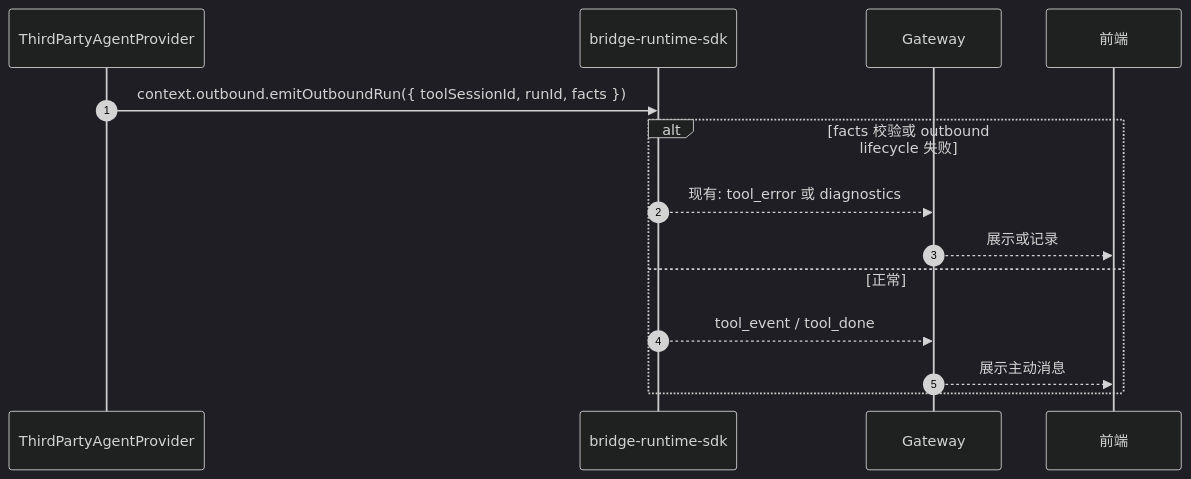
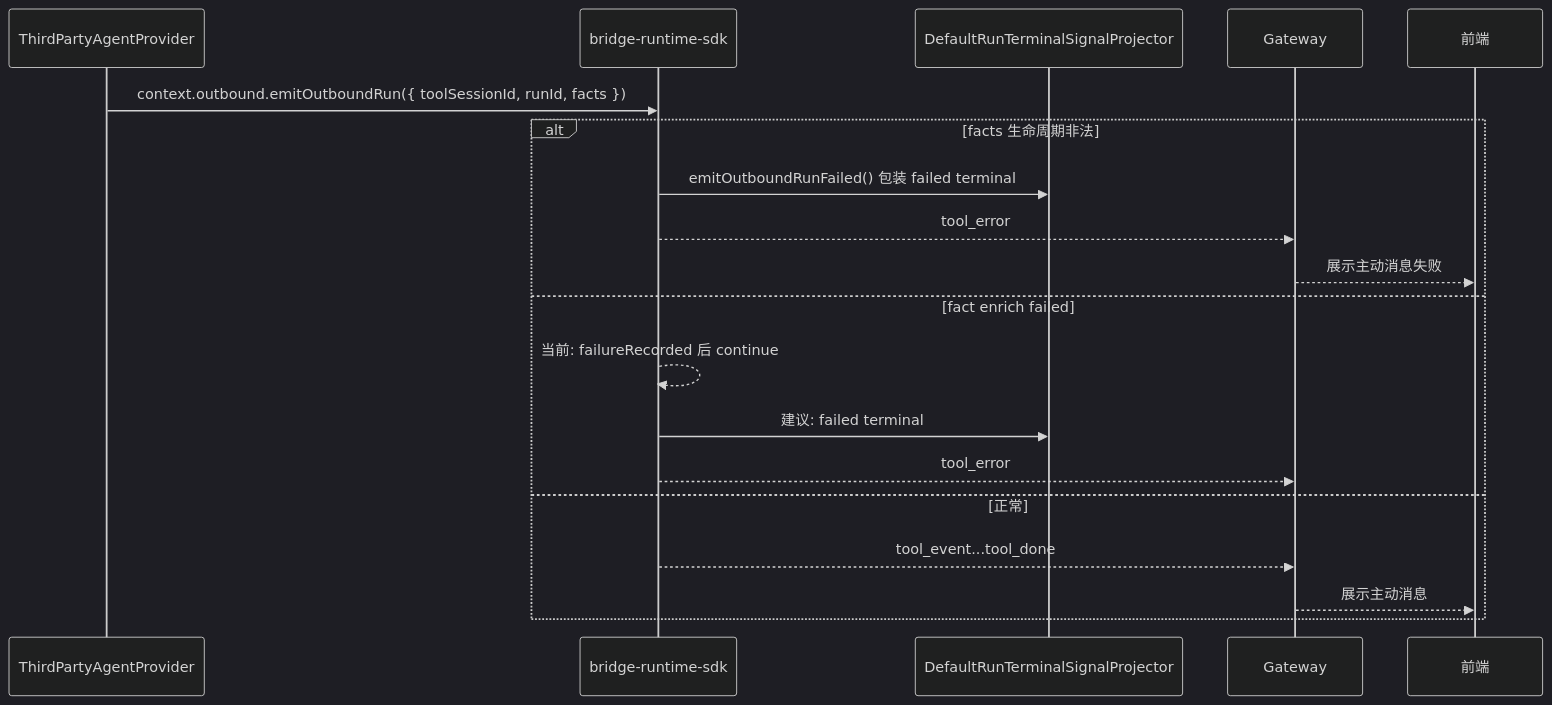
One commit to yuzhangCZ/agent-plugin changed the fourth of 4 diagrams in docs/design/bridge-runtime-sdk-tool-error-exception-solution.md. Above: the diagram before and after it, drawn with Mermaid (dark theme). The commit also changed other lines of this file, not shown here.

Commit message:
docs: review sdk tool_error reporting gaps

````diff
--- a/docs/design/bridge-runtime-sdk-tool-error-exception-solution.md
+++ b/docs/design/bridge-runtime-sdk-tool-error-exception-solution.md
@@ -195,17 +151,22 @@
 ```mermaid
 sequenceDiagram
-    autonumber
     participant P as ThirdPartyAgentProvider
     participant SDK as bridge-runtime-sdk
+    participant TF as DefaultRunTerminalSignalProjector
     participant GW as Gateway
     participant FE as 前端
 
     P->>SDK: context.outbound.emitOutboundRun({ toolSessionId, runId, facts })
-    alt facts 校验或 outbound lifecycle 失败
-        SDK-->>GW: 现有: tool_error 或 diagnostics
-        GW-->>FE: 展示或记录
+    alt facts 生命周期非法
+        SDK->>TF: emitOutboundRunFailed() 包装 failed terminal
+        SDK-->>GW: tool_error
+        GW-->>FE: 展示主动消息失败
+    else fact enrich failed
+        SDK-->>SDK: 当前: failureRecorded 后 continue
+        SDK->>TF: 建议: failed terminal
+        SDK-->>GW: tool_error
     else 正常
-        SDK-->>GW: tool_event / tool_done
+        SDK-->>GW: tool_event...tool_done
         GW-->>FE: 展示主动消息
     end
 ```
````
